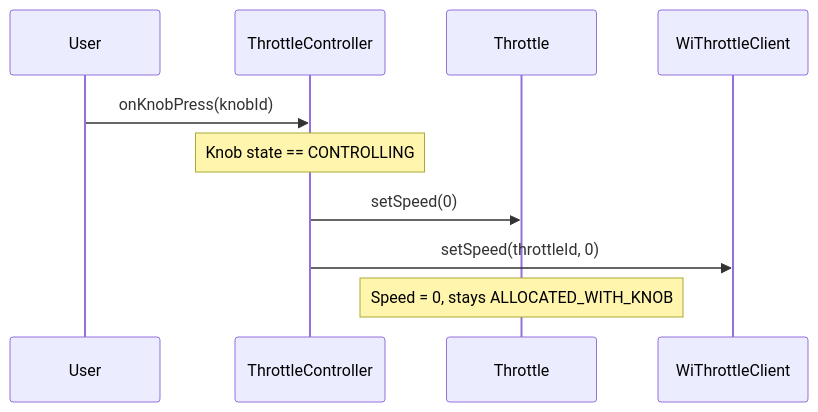
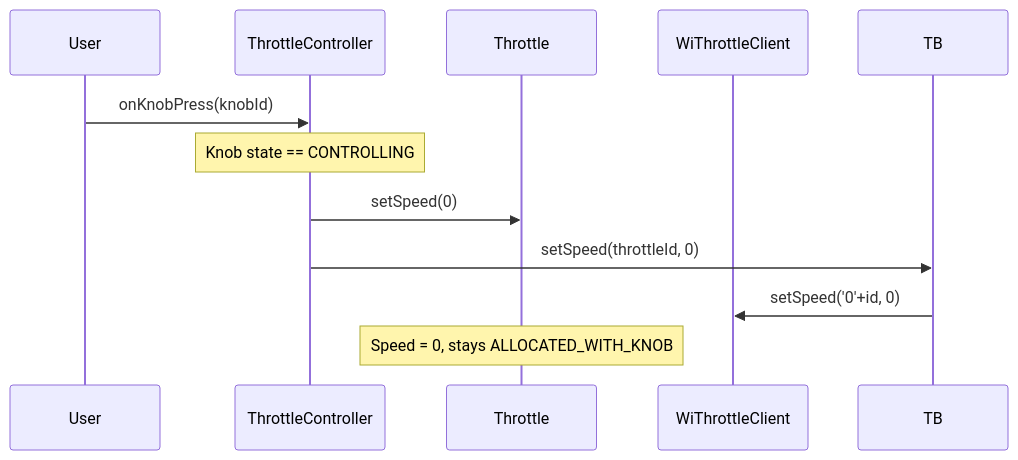
Before and after one commit to bazauto/esp-layout-controller: the third of 4 diagrams in docs/flows/SPEED_CONTROL.md, drawn with Mermaid. The commit also changed other lines of this file and 19 other files, not shown here.

````diff
--- a/docs/flows/SPEED_CONTROL.md
+++ b/docs/flows/SPEED_CONTROL.md
@@ -78,13 +82,14 @@
 ```mermaid
 sequenceDiagram
     participant User
     participant TC as ThrottleController
     participant T as Throttle
     participant WT as WiThrottleClient
 
     User->>TC: onKnobPress(knobId)
     Note over TC: Knob state == CONTROLLING
     TC->>T: setSpeed(0)
-    TC->>WT: setSpeed(throttleId, 0)
+    TC->>TB: setSpeed(throttleId, 0)
+    TB->>WT: setSpeed('0'+id, 0)
     Note over T: Speed = 0, stays ALLOCATED_WITH_KNOB
 ```
````
